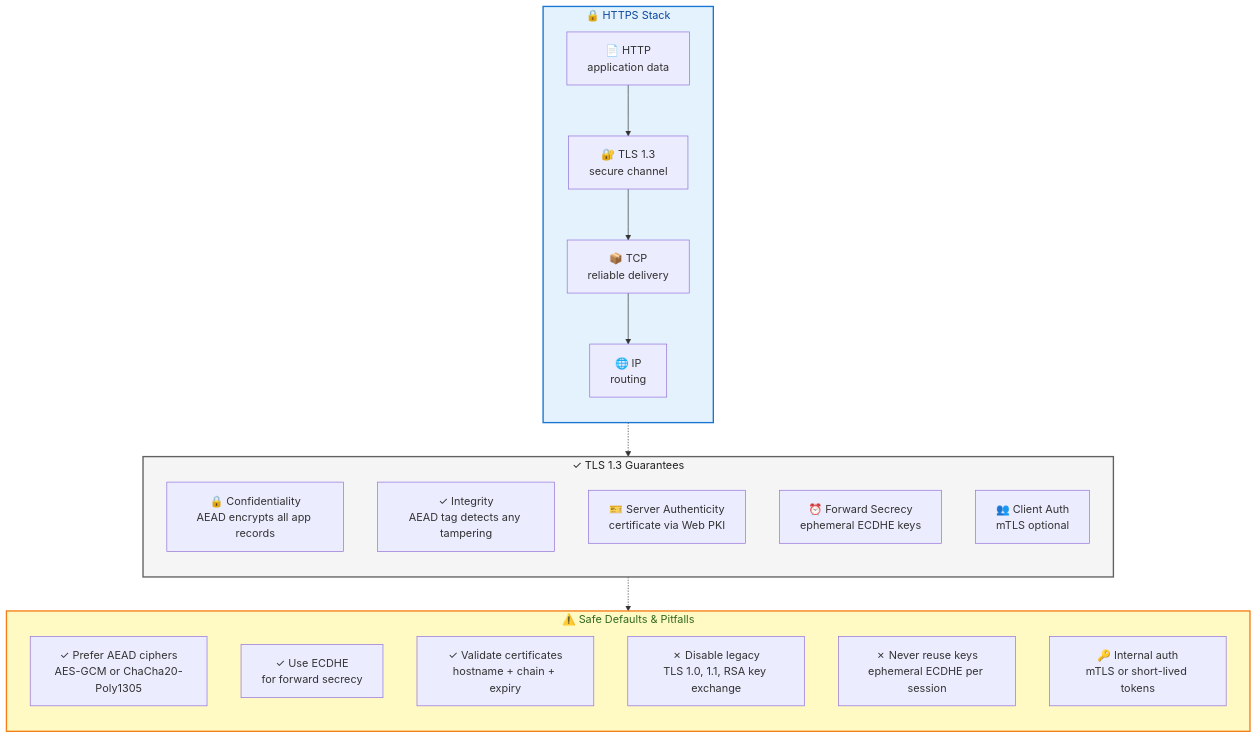
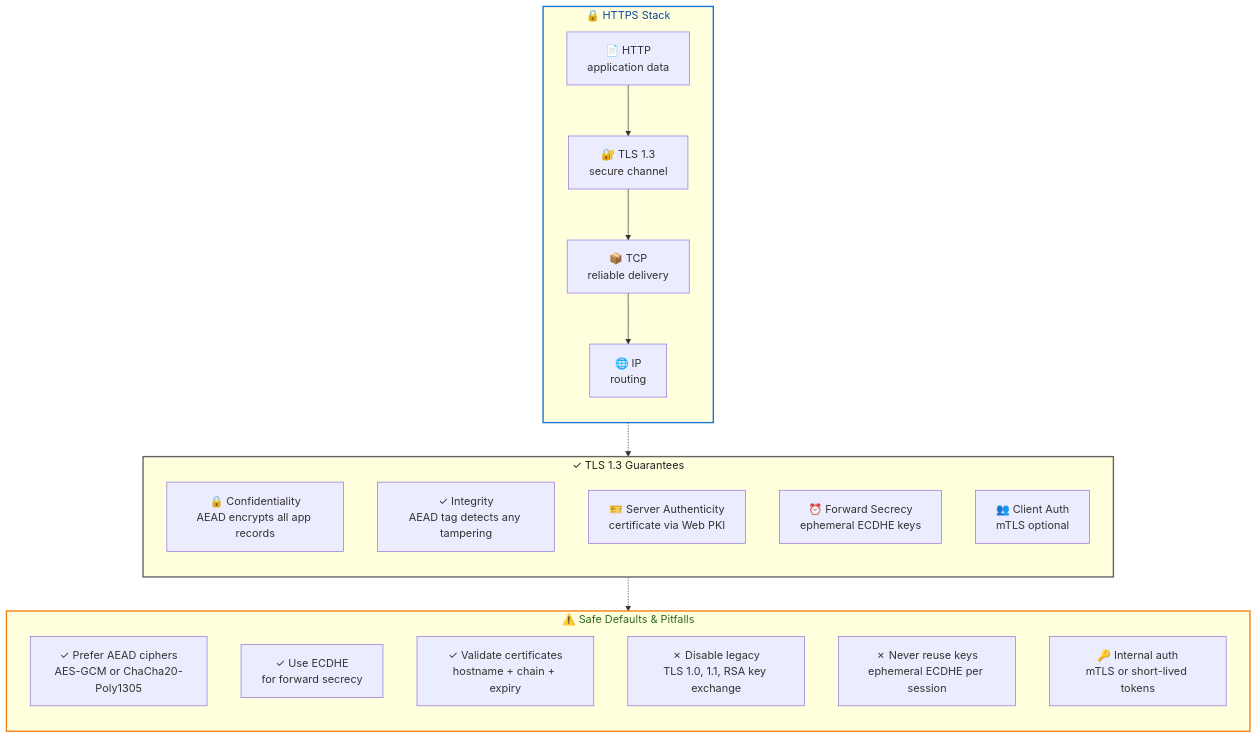
Before and after one commit to irahulsawhney/crypto-concepts: the diagram in diagrams/05-tls13-overview.mmd, drawn with Mermaid.

Commit message:
Remove fill colors from TLS 1.3 overview for cleaner look

```diff
--- a/diagrams/05-tls13-overview.mmd
+++ b/diagrams/05-tls13-overview.mmd
@@ -1,40 +1,40 @@
 %% TLS 1.3 Overview & Best Practices
 flowchart TB
   subgraph Stack["🔒 HTTPS Stack"]
     direction TB
     HTTP["📄 HTTP\napplication data"]
     TLS["🔐 TLS 1.3\nsecure channel"]
     TCP["📦 TCP\nreliable delivery"]
     IP["🌐 IP\nrouting"]
     HTTP --> TLS --> TCP --> IP
   end
 
   subgraph Guarantees["✓ TLS 1.3 Guarantees"]
     direction TB
     G1["🔒 Confidentiality\nAEAD encrypts all app records"]
     G2["✓ Integrity\nAEAD tag detects any tampering"]
     G3["🎫 Server Authenticity\ncertificate via Web PKI"]
     G4["⏰ Forward Secrecy\nephemeral ECDHE keys"]
     G5["👥 Client Auth\nmTLS optional"]
   end
 
   subgraph BestPractices["⚠️ Safe Defaults & Pitfalls"]
     direction TB
     D1["✓ Prefer AEAD ciphers\nAES-GCM or ChaCha20-Poly1305"]
     D2["✓ Use ECDHE\nfor forward secrecy"]
     D3["✓ Validate certificates\nhostname + chain + expiry"]
     D4["✗ Disable legacy\nTLS 1.0, 1.1, RSA key exchange"]
     D5["✗ Never reuse keys\nephemeral ECDHE per session"]
     D6["🔑 Internal auth\nmTLS or short-lived tokens"]
   end
 
   Stack -.-> Guarantees
   Guarantees -.-> BestPractices
 
-  classDef stackStyle fill:#e3f2fd,stroke:#1976d2,color:#0d47a1,stroke-width:2px
-  classDef guaranteeStyle fill:#f5f5f5,stroke:#616161,color:#212121,stroke-width:2px
-  classDef tipStyle fill:#fff9c4,stroke:#f57f17,color:#33691e,stroke-width:2px
+  classDef stackStyle stroke:#1976d2,color:#0d47a1,stroke-width:2px
+  classDef guaranteeStyle stroke:#616161,color:#212121,stroke-width:2px
+  classDef tipStyle stroke:#f57f17,color:#33691e,stroke-width:2px
 
   class Stack stackStyle
   class Guarantees guaranteeStyle
   class BestPractices tipStyle
```
